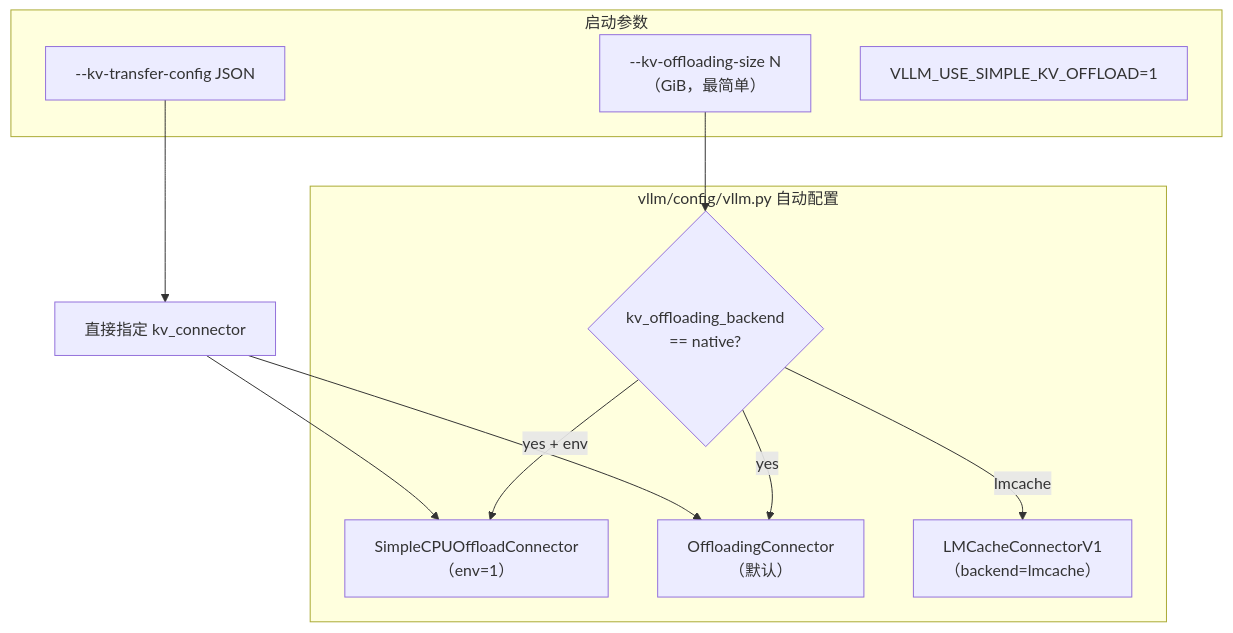
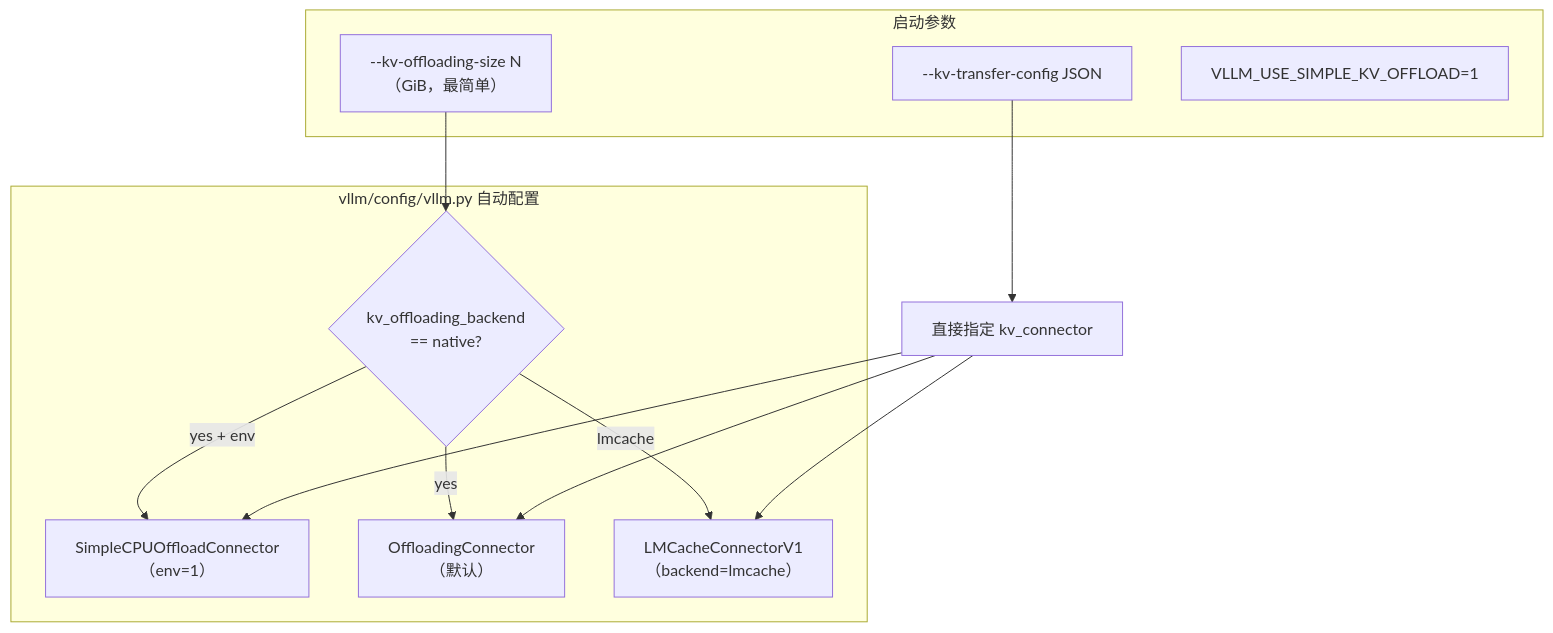
Before and after one commit to Mason55/vllm: the first of 7 diagrams in docs/features/kv_cache_offload_guide.md, drawn with Mermaid. The commit also changed other lines of this file and 45 other files, not shown here.

````diff
--- a/docs/features/kv_cache_offload_guide.md
+++ b/docs/features/kv_cache_offload_guide.md
@@ -18,23 +19,24 @@
 ```mermaid
 flowchart TB
     subgraph CLI["启动参数"]
         A["--kv-offloading-size N<br/>（GiB，最简单）"]
         B["--kv-transfer-config JSON"]
         C["VLLM_USE_SIMPLE_KV_OFFLOAD=1"]
     end
 
     subgraph Auto["vllm/config/vllm.py 自动配置"]
         D{"kv_offloading_backend<br/>== native?"}
         E["SimpleCPUOffloadConnector<br/>（env=1）"]
         F["OffloadingConnector<br/>（默认）"]
         G["LMCacheConnectorV1<br/>（backend=lmcache）"]
     end
 
     A --> D
     D -->|yes + env| E
     D -->|yes| F
     D -->|lmcache| G
     B --> H["直接指定 kv_connector"]
     H --> E
     H --> F
+    H --> G
 ```
````
